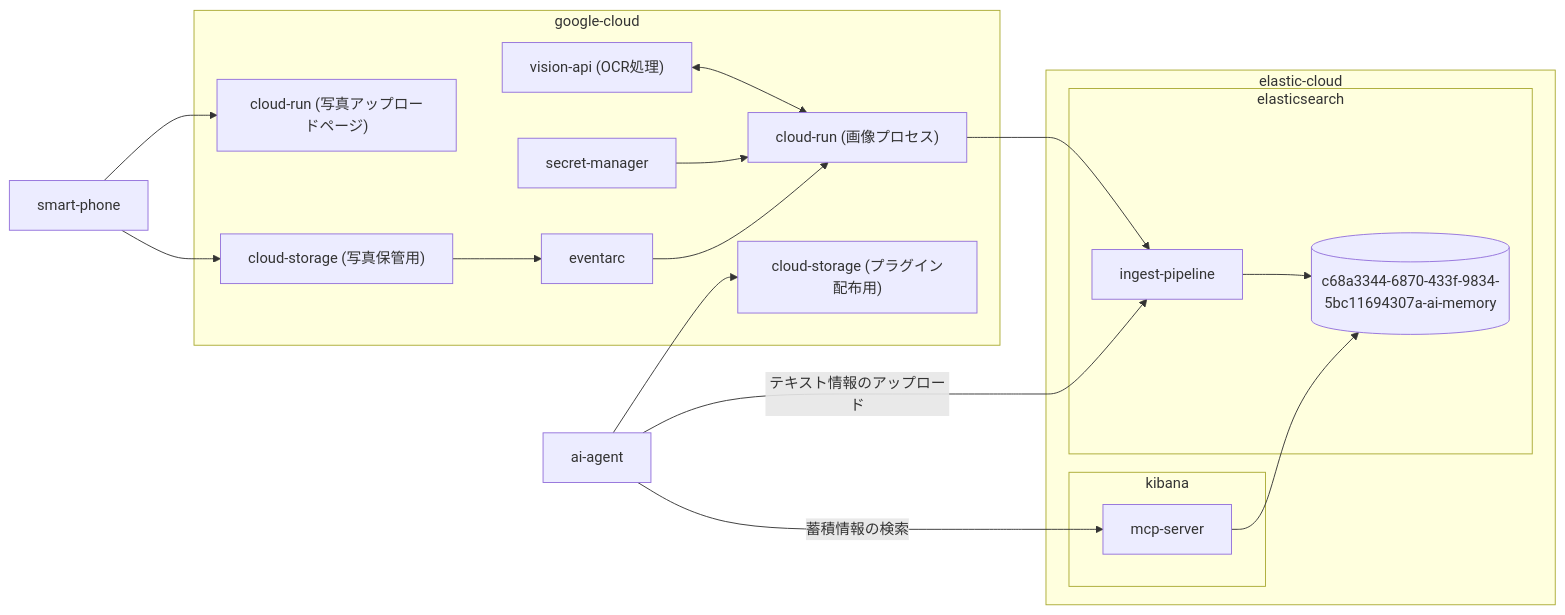
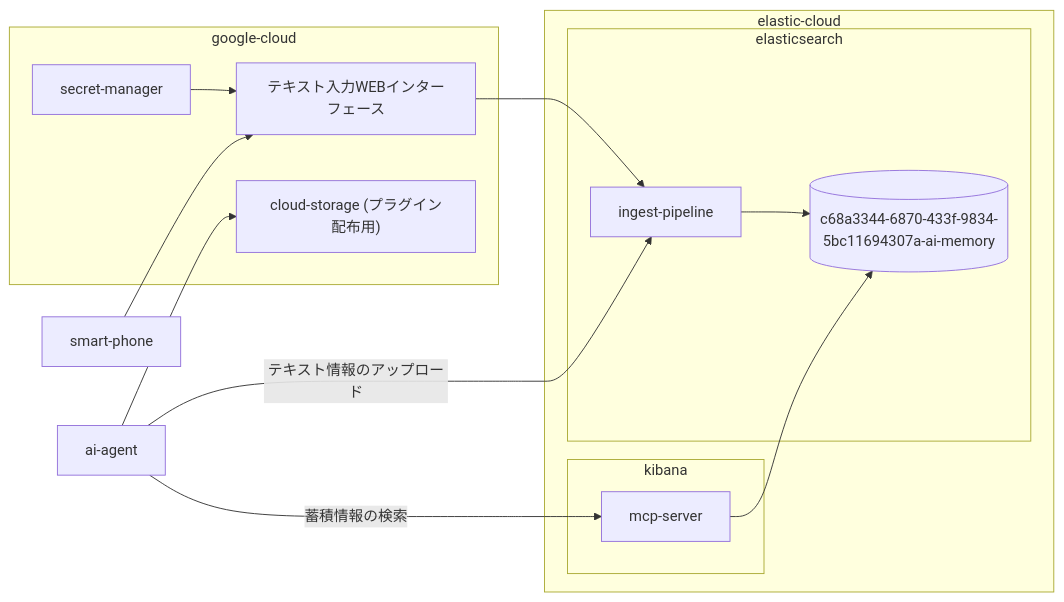
Before and after one commit to sakurai-youhei/hackathon-ai-memory: the diagram in README.md, drawn with Mermaid. The commit also changed other lines of this file and 6 other files, not shown here.

````diff
--- a/README.md
+++ b/README.md
@@ -68,34 +68,27 @@
 ```mermaid
 flowchart LR
     subgraph google-cloud
-        cloud-run-upload["cloud-run (写真アップロードページ)"]
-        eventarc
-        cloud-run-process["cloud-run (画像プロセス)"]
+        cloud-run["テキスト入力WEBインターフェース"]
         secret-manager
-        vision-api["vision-api (OCR処理)"]
-        cloud-storage["cloud-storage (写真保管用)"]
         cloud-storage-plugin["cloud-storage (プラグイン配布用)"]
     end
     subgraph elastic-cloud
         subgraph kibana
             mcp-server
         end
         subgraph elasticsearch
             ingest-pipeline
             index[(c68a3344-6870-433f-9834-5bc11694307a-ai-memory)]
         end
     end
 
     mcp-server --> index
     ingest-pipeline --> index
 
     ai-agent -- 蓄積情報の検索 --> mcp-server
     ai-agent -- テキスト情報のアップロード --> ingest-pipeline
     ai-agent --> cloud-storage-plugin
 
-    smart-phone --> cloud-run-upload
-    smart-phone --> cloud-storage --> eventarc　--> cloud-run-process
-    secret-manager --> cloud-run-process --> ingest-pipeline
-    vision-api <--> cloud-run-process
-
+    smart-phone --> cloud-run
+    secret-manager --> cloud-run --> ingest-pipeline
 ```
````
